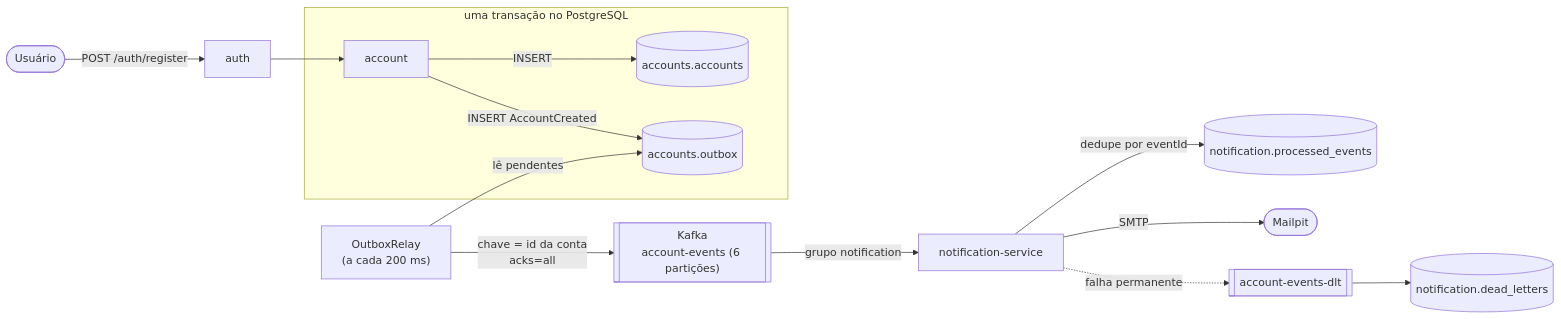
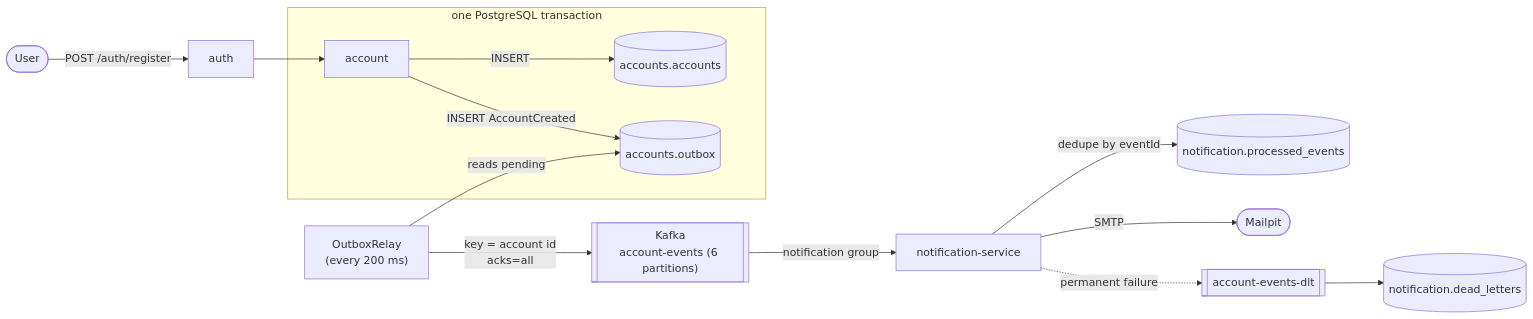
One commit to pna26/platform changed the diagram in docs/bottlenecks/messaging.md. Above: the diagram before and after it, drawn with Mermaid. The commit also changed other lines of this file and 55 other files, not shown here.

````diff
--- a/docs/bottlenecks/messaging.md
+++ b/docs/bottlenecks/messaging.md
@@ -22,15 +22,15 @@
 ``` mermaid
 flowchart LR
-    u([Usuário]) -->|"POST /auth/register"| auth --> account
-    subgraph tx ["uma transação no PostgreSQL"]
+    u([User]) -->|"POST /auth/register"| auth --> account
+    subgraph tx ["one PostgreSQL transaction"]
         account -->|"INSERT"| acc[("accounts.accounts")]
         account -->|"INSERT AccountCreated"| ob[("accounts.outbox")]
     end
-    relay["OutboxRelay<br/>(a cada 200 ms)"] -->|"lê pendentes"| ob
-    relay -->|"chave = id da conta<br/>acks=all"| k[["Kafka<br/>account-events (6 partições)"]]
-    k -->|"grupo notification"| n["notification-service"]
-    n -->|"dedupe por eventId"| pe[("notification.processed_events")]
+    relay["OutboxRelay<br/>(every 200 ms)"] -->|"reads pending"| ob
+    relay -->|"key = account id<br/>acks=all"| k[["Kafka<br/>account-events (6 partitions)"]]
+    k -->|"notification group"| n["notification-service"]
+    n -->|"dedupe by eventId"| pe[("notification.processed_events")]
     n -->|SMTP| mail(["Mailpit"])
-    n -. "falha permanente" .-> dlt[["account-events-dlt"]]
+    n -. "permanent failure" .-> dlt[["account-events-dlt"]]
     dlt --> dl[("notification.dead_letters")]
 ```
````
